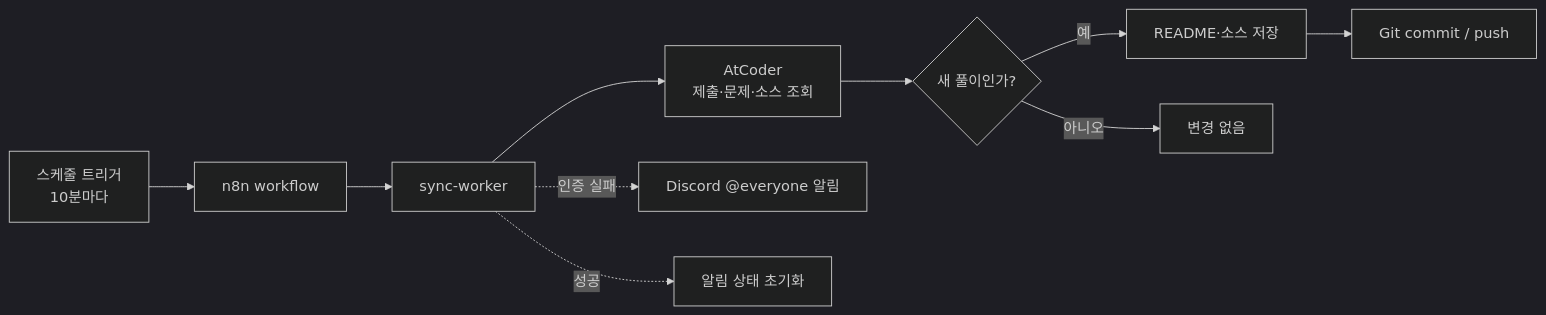
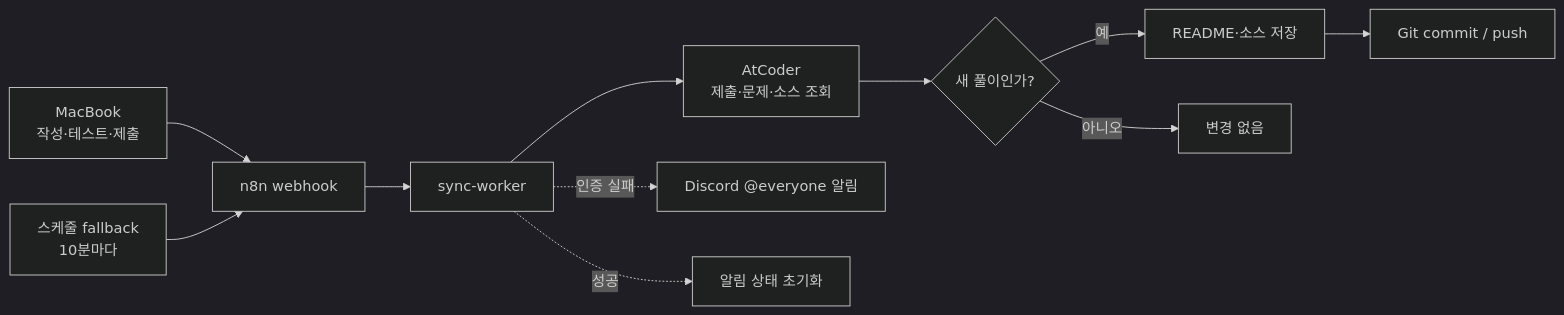
One commit to red-sprout/SimSimAlgo changed the diagram in README.md. Above: the diagram before and after it, drawn with Mermaid (dark theme). The commit also changed other lines of this file and 4 other files, not shown here.

````diff
--- a/README.md
+++ b/README.md
@@ -35,12 +35,13 @@
 ```mermaid
 flowchart LR
-    S[스케줄 트리거<br/>10분마다] --> N[n8n workflow]
+    M[MacBook<br/>작성·테스트·제출] --> N[n8n webhook]
+    S[스케줄 fallback<br/>10분마다] --> N
     N --> W[sync-worker]
     W --> A[AtCoder<br/>제출·문제·소스 조회]
     A --> V{새 풀이인가?}
     V -- 예 --> R[README·소스 저장]
     R --> G[Git commit / push]
     V -- 아니오 --> D[변경 없음]
     W -. 인증 실패 .-> C[Discord @everyone 알림]
     W -. 성공 .-> X[알림 상태 초기화]
 ```
````
